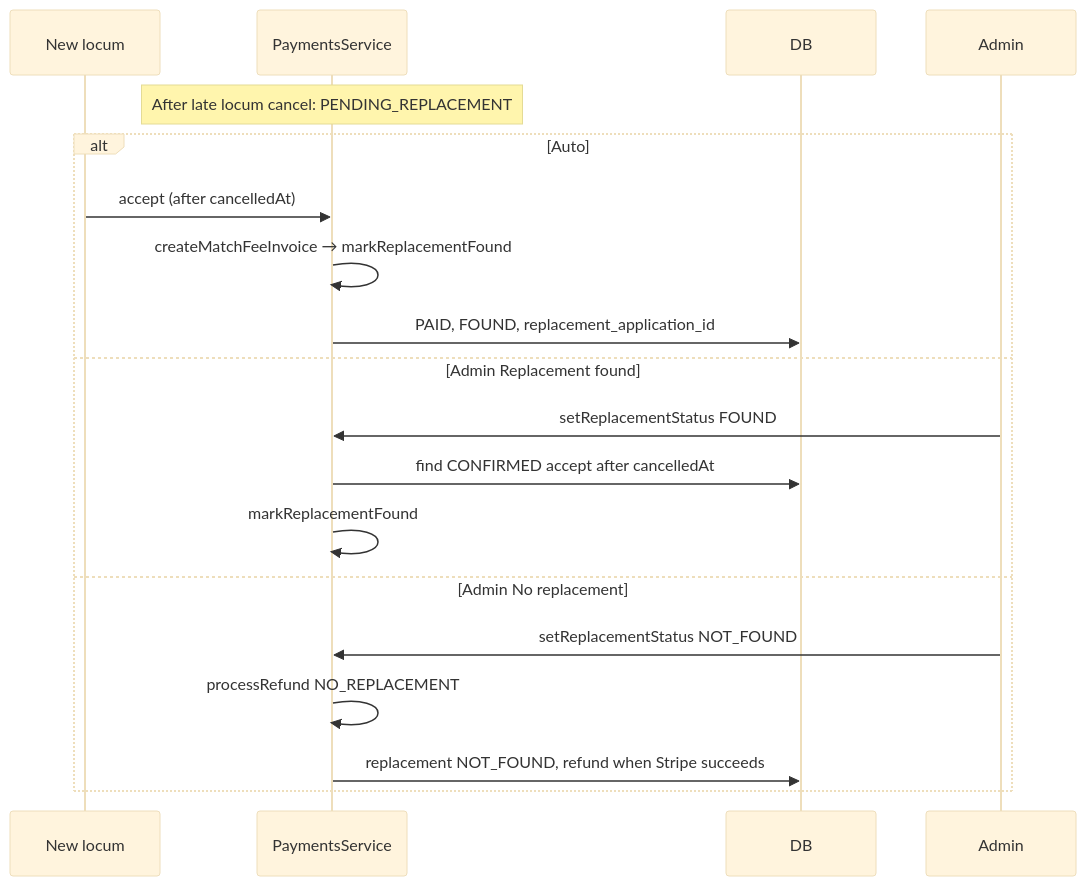
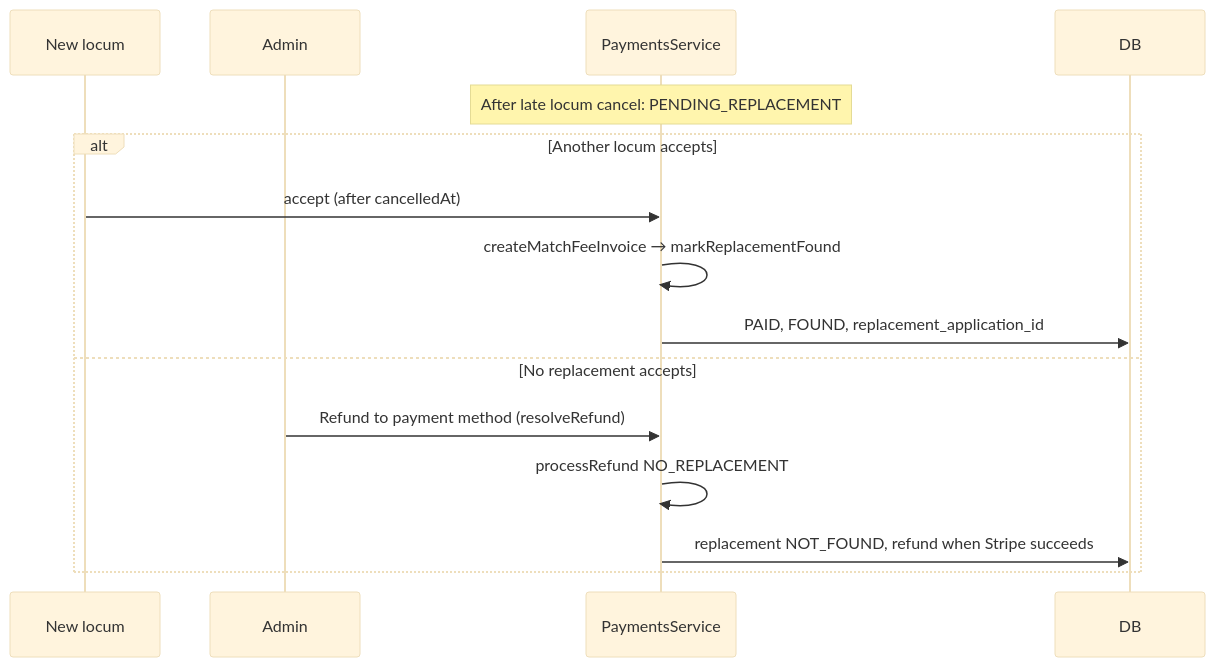
Before and after one commit to apratim27gupta/locumlink: the sixth of 6 diagrams in docs/MATCH_FEE_FLOWS.md, drawn with Mermaid (base theme). The commit also changed other lines of this file and 30 other files, not shown here.

````diff
--- a/docs/MATCH_FEE_FLOWS.md
+++ b/docs/MATCH_FEE_FLOWS.md
@@ -166,22 +168,19 @@
 ```mermaid
 sequenceDiagram
   participant L as New locum
+  participant Admin
   participant PS as PaymentsService
   participant DB
 
   Note over PS: After late locum cancel: PENDING_REPLACEMENT
 
-  alt Auto
+  alt Another locum accepts
     L->>PS: accept (after cancelledAt)
     PS->>PS: createMatchFeeInvoice → markReplacementFound
     PS->>DB: PAID, FOUND, replacement_application_id
-  else Admin Replacement found
-    Admin->>PS: setReplacementStatus FOUND
-    PS->>DB: find CONFIRMED accept after cancelledAt
-    PS->>PS: markReplacementFound
-  else Admin No replacement
-    Admin->>PS: setReplacementStatus NOT_FOUND
+  else No replacement accepts
+    Admin->>PS: Refund to payment method (resolveRefund)
     PS->>PS: processRefund NO_REPLACEMENT
     PS->>DB: replacement NOT_FOUND, refund when Stripe succeeds
   end
 ```
````
